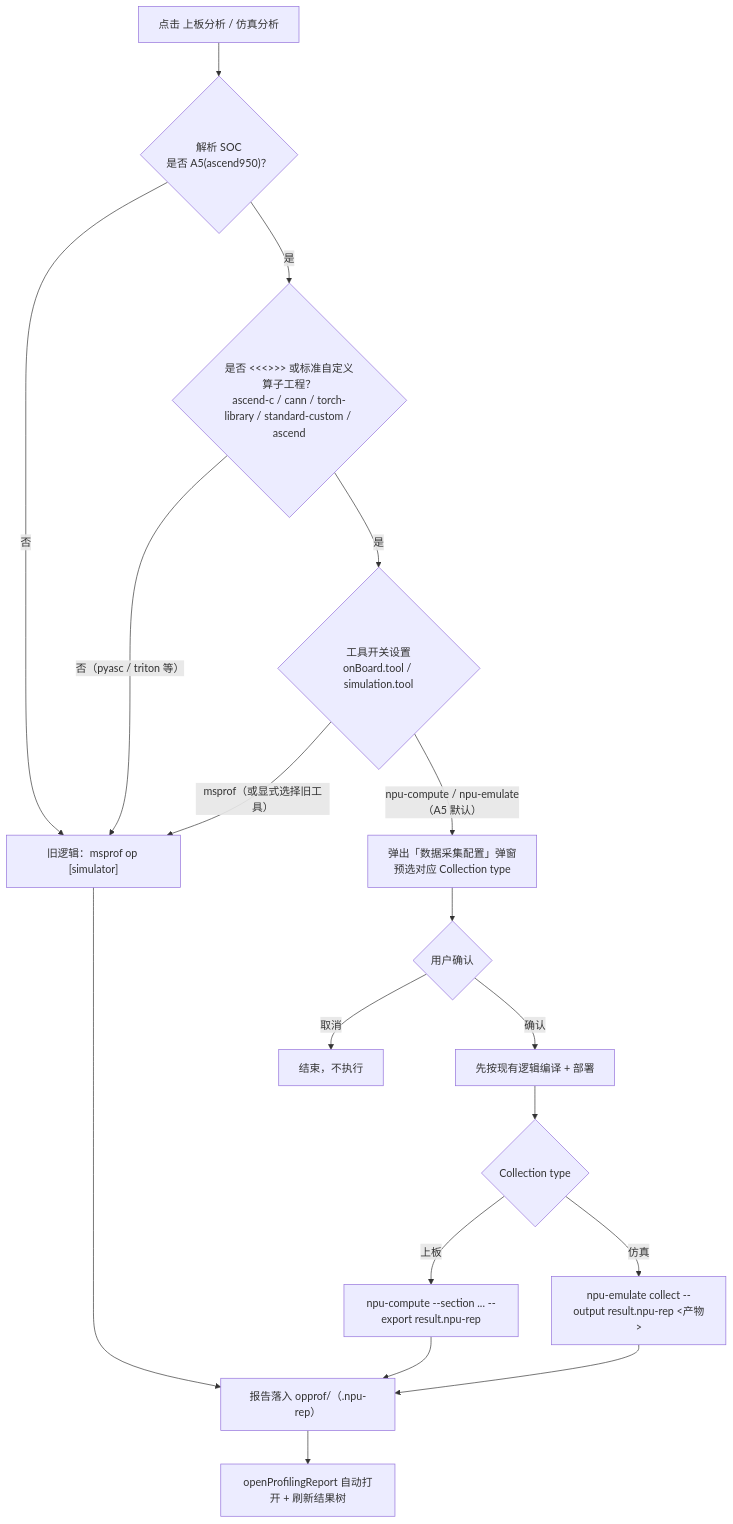
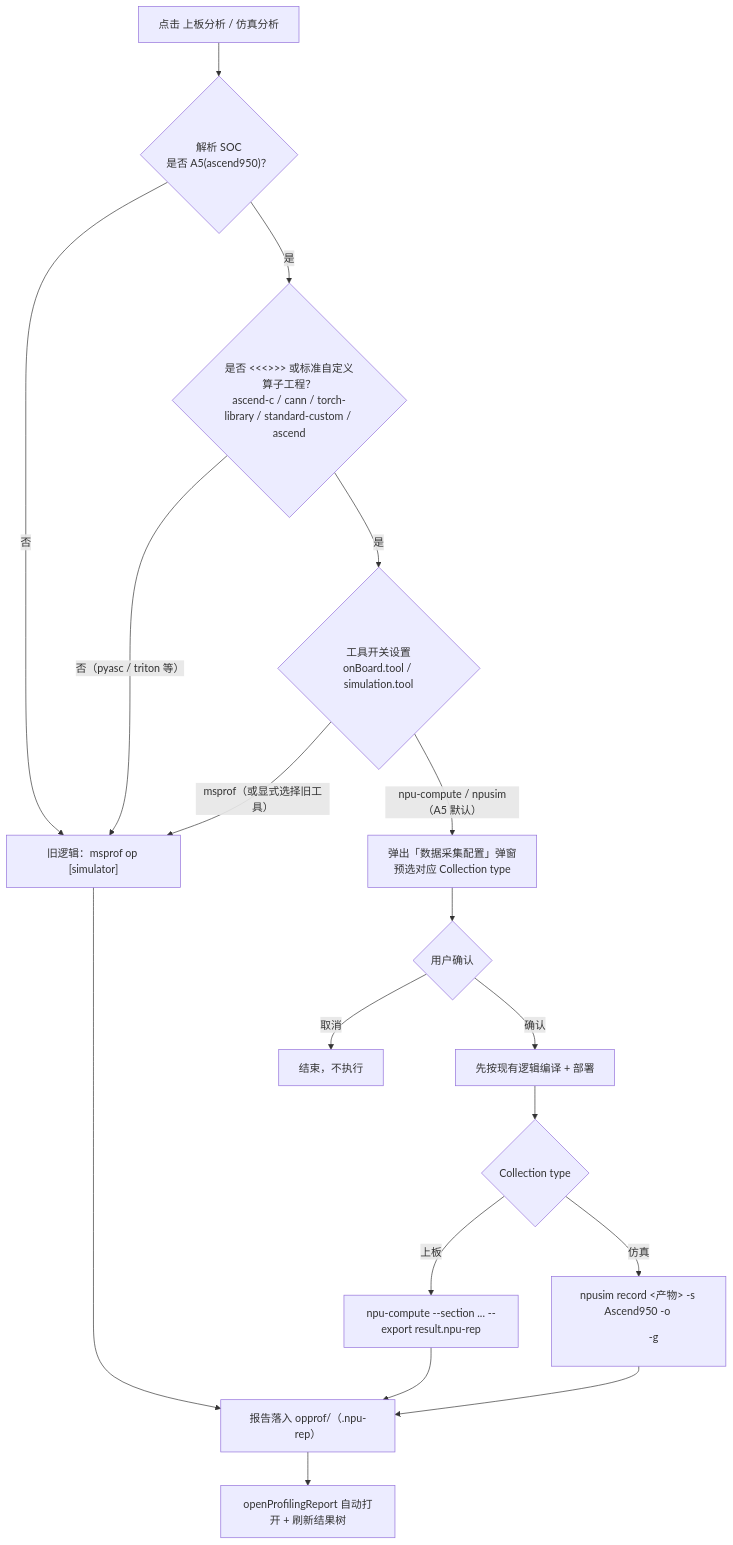
Before and after one commit to IdeFrontend/opdev_plugin: the fourth of 4 diagrams in docs/上板仿真交互说明.md, drawn with Mermaid. The commit also changed other lines of this file and 32 other files, not shown here.

````diff
--- a/docs/上板仿真交互说明.md
+++ b/docs/上板仿真交互说明.md
@@ -199,20 +199,20 @@
 ```mermaid
 flowchart TD
   Click["点击 上板分析 / 仿真分析"] --> IsA5{"解析 SOC<br/>是否 A5(ascend950)？"}
   IsA5 -->|否| Old["旧逻辑：msprof op [simulator]"]
   IsA5 -->|是| IsProj{"是否 <<<>>> 或标准自定义算子工程？<br/>ascend-c / cann / torch-library / standard-custom / ascend"}
   IsProj -->|否（pyasc / triton 等）| Old
   IsProj -->|是| ToolCfg{"工具开关设置<br/>onBoard.tool / simulation.tool"}
   ToolCfg -->|msprof（或显式选择旧工具）| Old
-  ToolCfg -->|npu-compute / npu-emulate（A5 默认）| Dialog["弹出「数据采集配置」弹窗<br/>预选对应 Collection type"]
+  ToolCfg -->|npu-compute / npusim（A5 默认）| Dialog["弹出「数据采集配置」弹窗<br/>预选对应 Collection type"]
   Dialog --> Confirm{"用户确认"}
   Confirm -->|取消| Stop["结束，不执行"]
   Confirm -->|确认| Compile["先按现有逻辑编译 + 部署"]
   Compile --> NewTool{"Collection type"}
   NewTool -->|上板| NC["npu-compute --section ... --export result.npu-rep"]
-  NewTool -->|仿真| NS["npu-emulate collect --output result.npu-rep <产物>"]
+  NewTool -->|仿真| NS["npusim record <产物> -s Ascend950 -o <dir> -g"]
   NC --> Report["报告落入 opprof/<runId>（.npu-rep）"]
   NS --> Report
   Old --> Report
   Report --> AutoOpen["openProfilingReport 自动打开 + 刷新结果树"]
 ```
````
